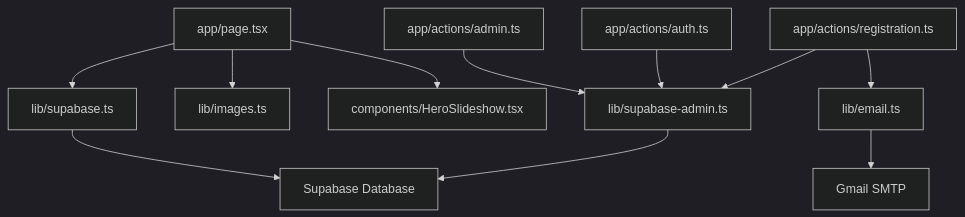
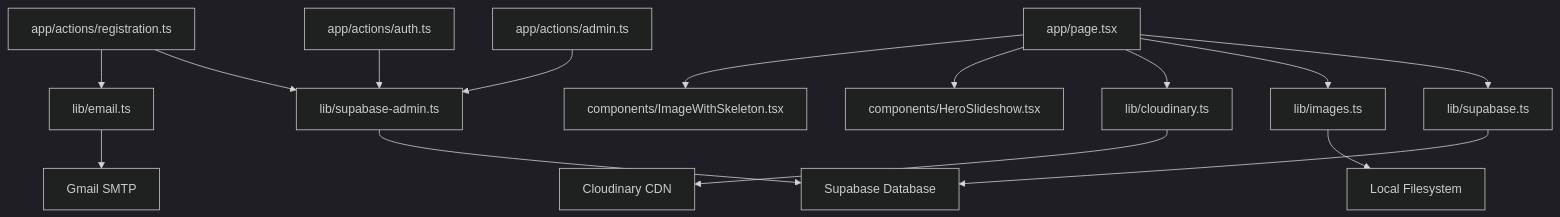
Before and after one commit to Black-box01/rhemaexpertsolutions: the second of 8 diagrams in .qoder/repowiki/en/content/Application Architecture/Integration Patterns.md, drawn with Mermaid (dark theme). The commit also changed other lines of this file and 37 other files, not shown here.

````diff
--- a/.qoder/repowiki/en/content/Application Architecture/Integration Patterns.md
+++ b/.qoder/repowiki/en/content/Application Architecture/Integration Patterns.md
@@ -117,13 +140,17 @@
 ```mermaid
 graph TB
 UI["app/page.tsx"] --> PUB["lib/supabase.ts"]
 UI --> IMG["lib/images.ts"]
+UI --> CLD["lib/cloudinary.ts"]
 UI --> SLIDE["components/HeroSlideshow.tsx"]
+UI --> IWS["components/ImageWithSkeleton.tsx"]
 ADM["app/actions/admin.ts"] --> ADMCL["lib/supabase-admin.ts"]
 AUTH["app/actions/auth.ts"] --> ADMCL
 REG["app/actions/registration.ts"] --> ADMCL
 REG --> EMAIL["lib/email.ts"]
 PUB --> DB["Supabase Database"]
 ADMCL --> DB
 EMAIL --> SMTP["Gmail SMTP"]
+IMG --> LOCAL["Local Filesystem"]
+CLD --> CDN["Cloudinary CDN"]
 ```
````
